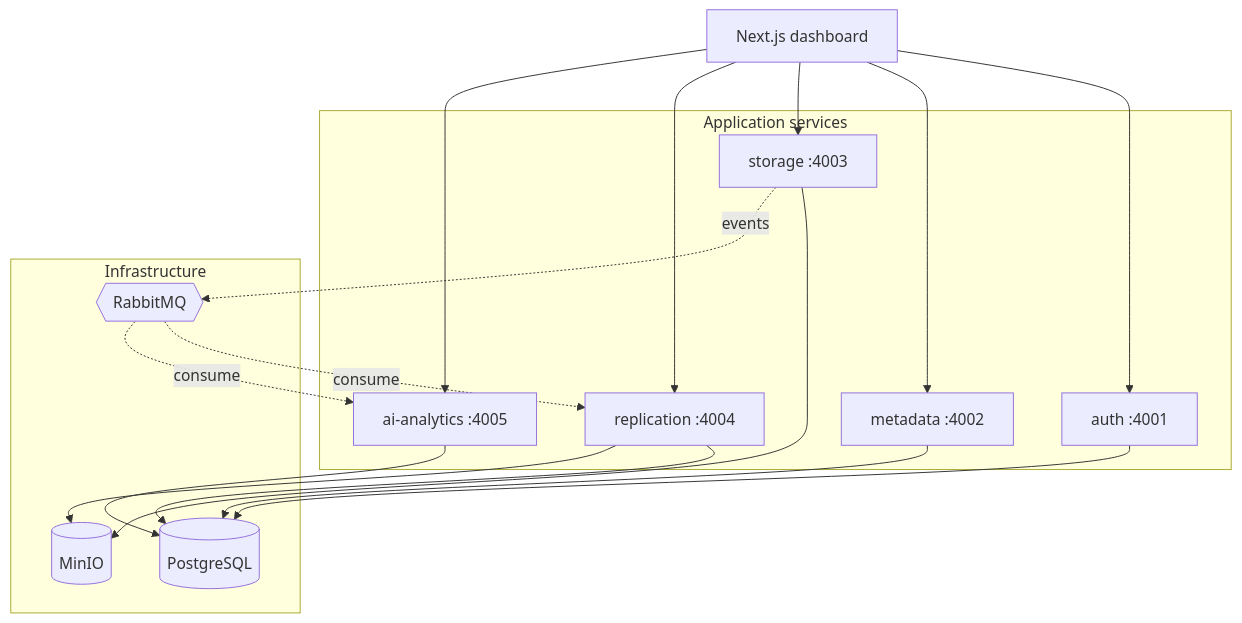
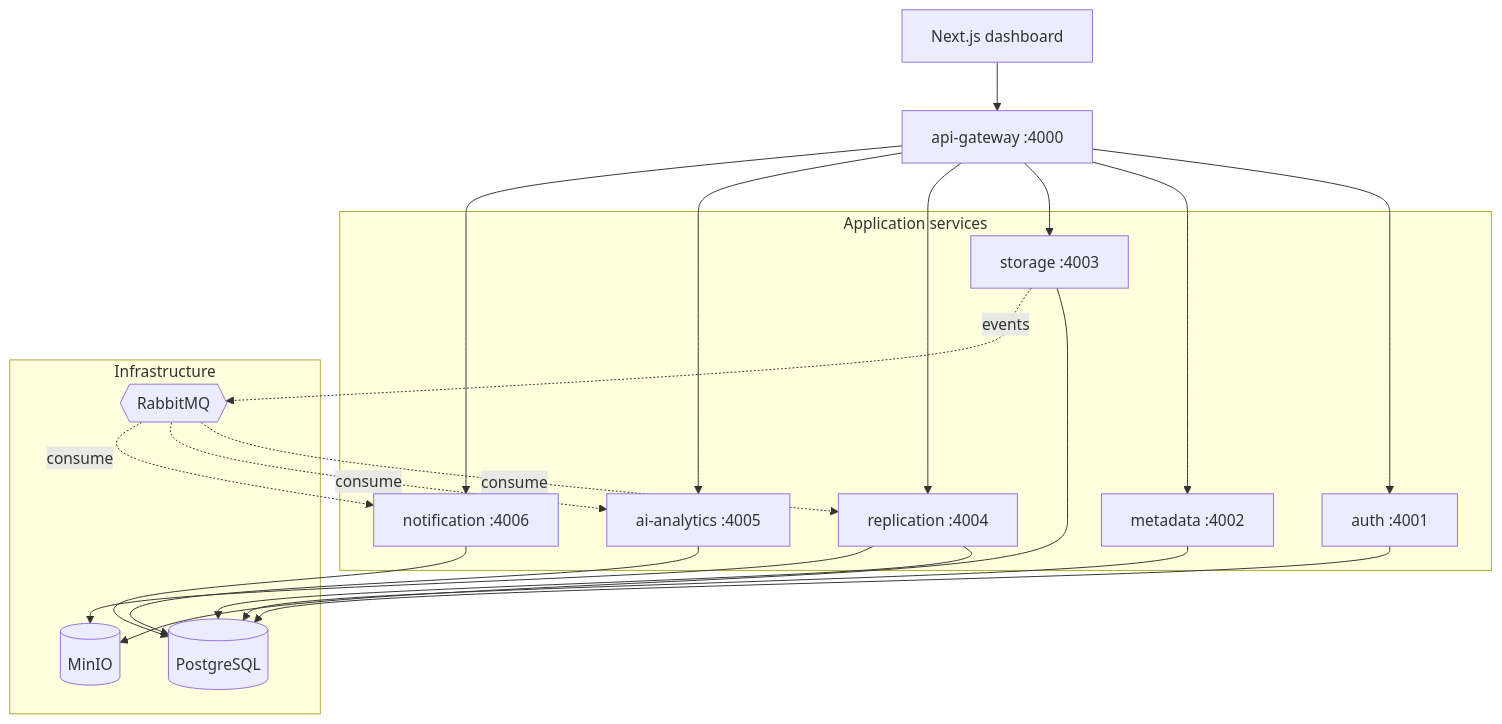
One commit to moksha3110/IntelliStore changed the diagram in README.md. Above: the diagram before and after it, drawn with Mermaid. The commit also changed other lines of this file, not shown here.

First line of the commit message:
docs: refresh README for gateway, notifications, dedup, and search

````diff
--- a/README.md
+++ b/README.md
@@ -18,22 +18,25 @@
 ```mermaid
 graph TD
   browser["Next.js dashboard"]
+  gw["api-gateway :4000"]
   subgraph app["Application services"]
     auth["auth :4001"]
     meta["metadata :4002"]
     storage["storage :4003"]
     repl["replication :4004"]
     ai["ai-analytics :4005"]
+    notif["notification :4006"]
   end
   subgraph infra["Infrastructure"]
     pg[("PostgreSQL")]
     mq{{"RabbitMQ"}}
     minio[("MinIO")]
   end
-  browser --> auth & meta & storage & repl & ai
-  auth & meta & repl & ai --> pg
+  browser --> gw
+  gw --> auth & meta & storage & repl & ai & notif
+  auth & meta & repl & ai & notif --> pg
   storage --> minio
   storage -. events .-> mq
-  mq -. consume .-> repl & ai
+  mq -. consume .-> repl & ai & notif
   repl --> minio
 ```
````
